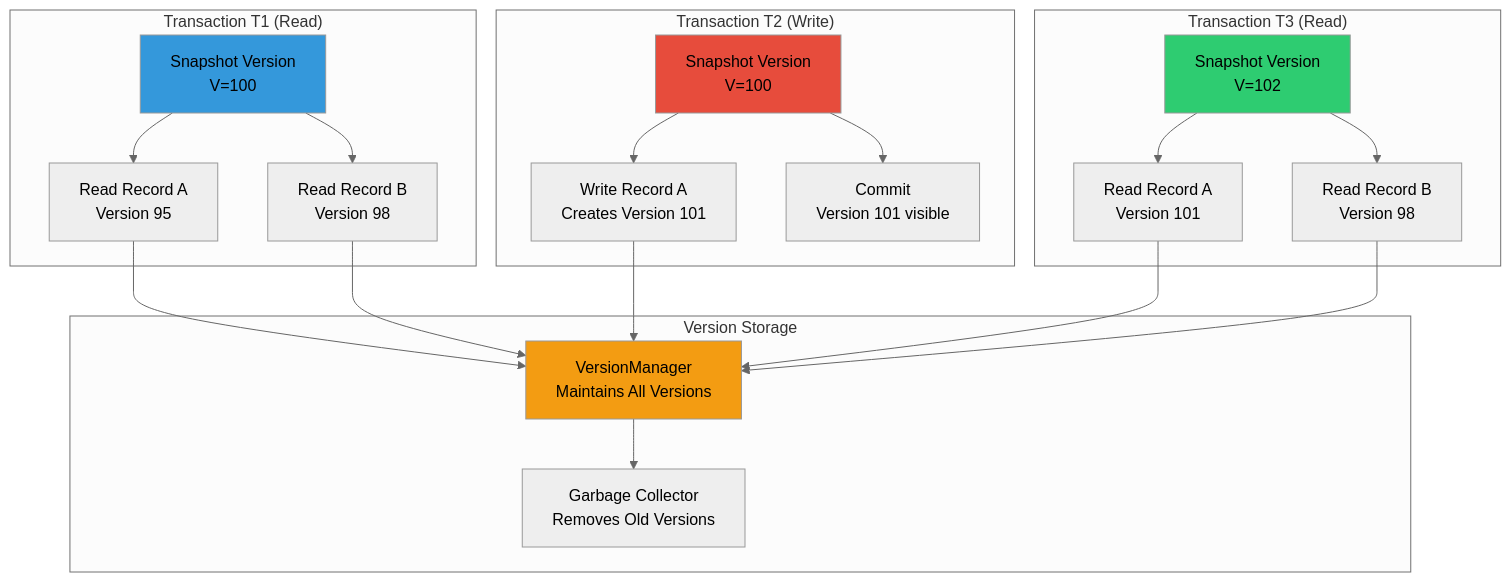
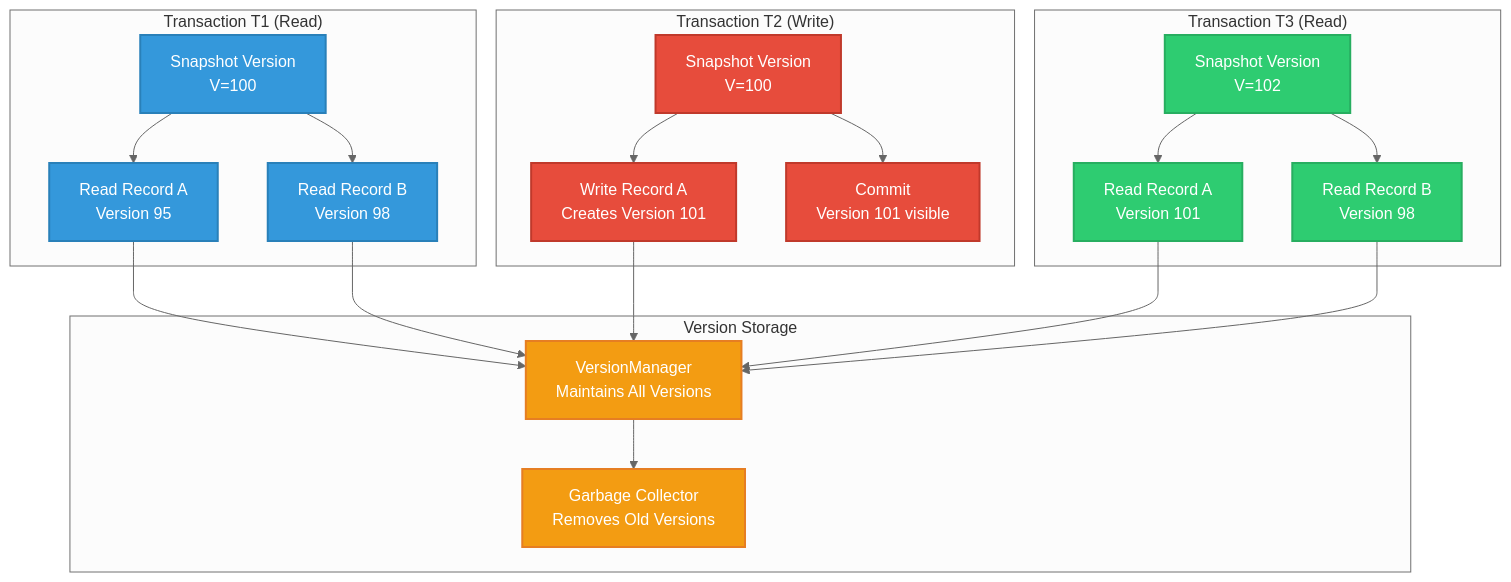
One commit to Mikedan37/BlazeDB changed the fourth of 8 diagrams in README.md. Above: the diagram before and after it, drawn with Mermaid (neutral theme). The commit also changed other lines of this file, not shown here.

First line of the commit message:
Fix Mermaid diagram syntax errors and improve styling

````diff
--- a/README.md
+++ b/README.md
@@ -457,45 +472,50 @@
 ```mermaid
 graph TB
-    subgraph "Transaction T1 (Read)"
-        T1[Snapshot Version<br/>V=100]
-        T1R1[Read Record A<br/>Version 95]
-        T1R2[Read Record B<br/>Version 98]
+    subgraph T1Group["Transaction T1 (Read)"]
+        T1["Snapshot Version<br/>V=100"]
+        T1R1["Read Record A<br/>Version 95"]
+        T1R2["Read Record B<br/>Version 98"]
     end
     
-    subgraph "Transaction T2 (Write)"
-        T2[Snapshot Version<br/>V=100]
-        T2W1[Write Record A<br/>Creates Version 101]
-        T2C[Commit<br/>Version 101 visible]
+    subgraph T2Group["Transaction T2 (Write)"]
+        T2["Snapshot Version<br/>V=100"]
+        T2W1["Write Record A<br/>Creates Version 101"]
+        T2C["Commit<br/>Version 101 visible"]
     end
     
-    subgraph "Transaction T3 (Read)"
-        T3[Snapshot Version<br/>V=102]
-        T3R1[Read Record A<br/>Version 101]
-        T3R2[Read Record B<br/>Version 98]
+    subgraph T3Group["Transaction T3 (Read)"]
+        T3["Snapshot Version<br/>V=102"]
+        T3R1["Read Record A<br/>Version 101"]
+        T3R2["Read Record B<br/>Version 98"]
     end
     
-    subgraph "Version Storage"
-        VS[VersionManager<br/>Maintains All Versions]
-        GC[Garbage Collector<br/>Removes Old Versions]
+    subgraph VersionStore["Version Storage"]
+        VS["VersionManager<br/>Maintains All Versions"]
+        GC["Garbage Collector<br/>Removes Old Versions"]
     end
     
     T1 --> T1R1
     T1 --> T1R2
     T2 --> T2W1
     T2 --> T2C
     T3 --> T3R1
     T3 --> T3R2
     
     T1R1 --> VS
     T1R2 --> VS
     T2W1 --> VS
     T3R1 --> VS
     T3R2 --> VS
     
     VS --> GC
     
-    style T1 fill:#3498db
-    style T2 fill:#e74c3c
-    style T3 fill:#2ecc71
-    style VS fill:#f39c12
+    classDef readTxn fill:#3498db,stroke:#2980b9,stroke-width:2px,color:#fff
+    classDef writeTxn fill:#e74c3c,stroke:#c0392b,stroke-width:2px,color:#fff
+    classDef readTxn2 fill:#2ecc71,stroke:#27ae60,stroke-width:2px,color:#fff
+    classDef version fill:#f39c12,stroke:#e67e22,stroke-width:2px,color:#fff
+    
+    class T1,T1R1,T1R2 readTxn
+    class T2,T2W1,T2C writeTxn
+    class T3,T3R1,T3R2 readTxn2
+    class VS,GC version
 ```
````
